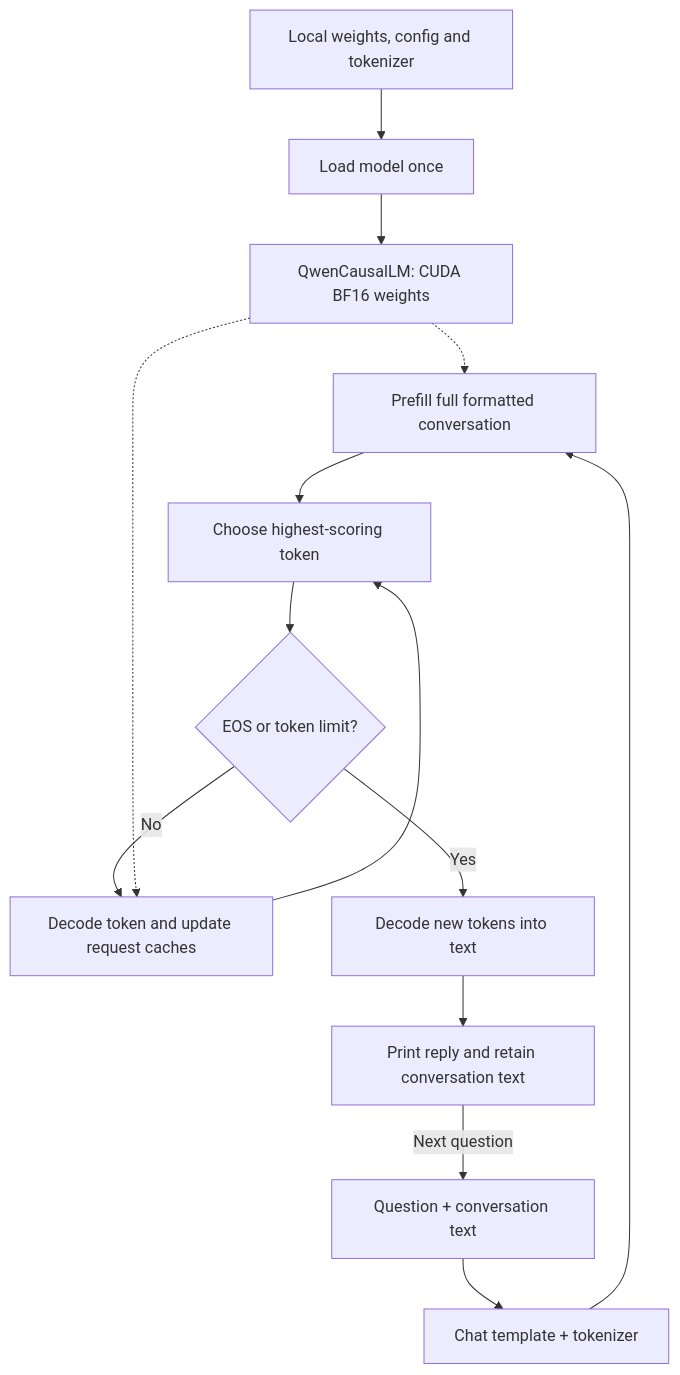
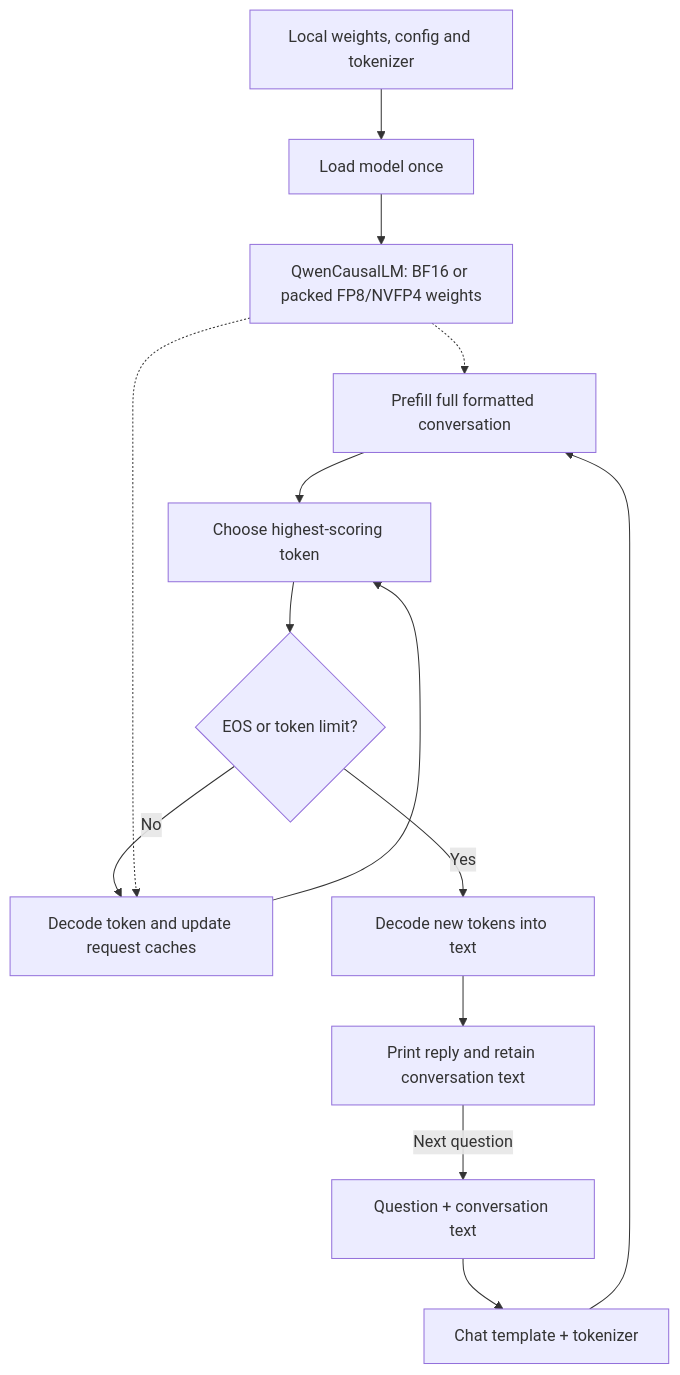
The diagram in ARCHITECTURE.md (andrewcapatina/spark-inference-engine), drawn with Mermaid before and after one commit. The commit also changed other lines of this file and 24 other files, not shown here.

````diff
--- a/ARCHITECTURE.md
+++ b/ARCHITECTURE.md
@@ -35,16 +35,16 @@
 ```mermaid
 flowchart TD
     W["Local weights, config and tokenizer"] --> L["Load model once"]
-    L --> M["QwenCausalLM: CUDA BF16 weights"]
+    L --> M["QwenCausalLM: BF16 or packed FP8/NVFP4 weights"]
     U["Question + conversation text"] --> T["Chat template + tokenizer"]
     T --> P["Prefill full formatted conversation"]
     M -.-> P
     P --> G["Choose highest-scoring token"]
     G --> S{"EOS or token limit?"}
     S -->|No| D["Decode token and update request caches"]
     M -.-> D
     D --> G
     S -->|Yes| O["Decode new tokens into text"]
     O --> C["Print reply and retain conversation text"]
     C -->|Next question| U
 ```
````
